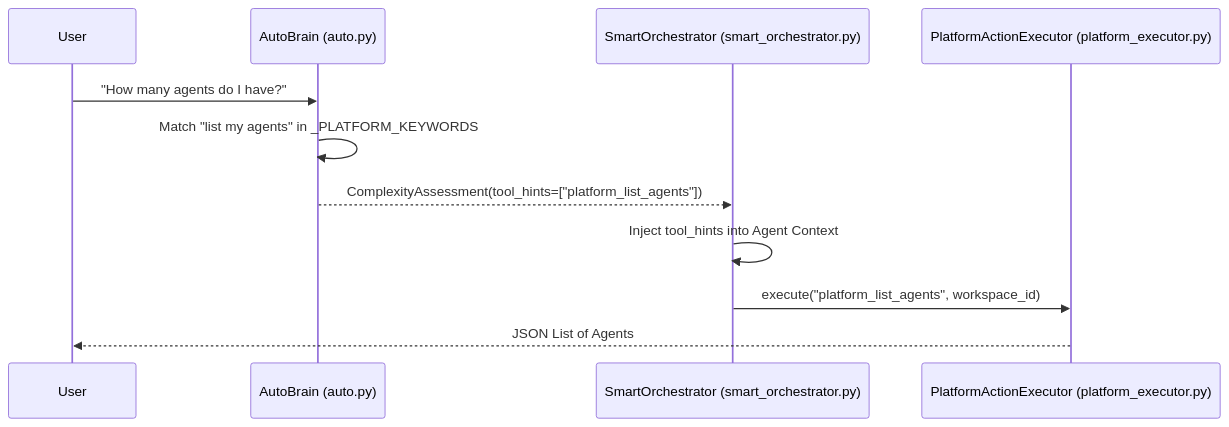
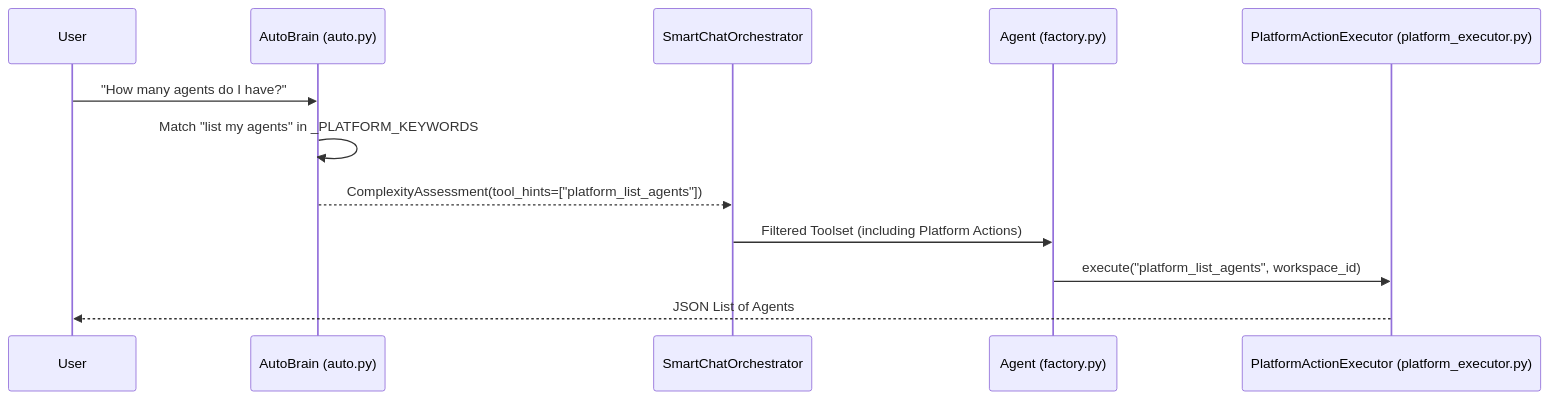
One commit to AutomatosAI/automatos-ai changed the second of 2 diagrams in docs/platform-actions/_index.md. Above: the diagram before and after it, drawn with Mermaid. The commit also changed other lines of this file and 191 other files, not shown here.

````diff
--- a/docs/platform-actions/_index.md
+++ b/docs/platform-actions/_index.md
@@ -127,15 +147,17 @@
 ```mermaid
 sequenceDiagram
     participant U as User
     participant AB as AutoBrain (auto.py)
-    participant SO as SmartOrchestrator (smart_orchestrator.py)
+    participant Orchestrator as SmartChatOrchestrator
+    participant AG as Agent (factory.py)
     participant PE as PlatformActionExecutor (platform_executor.py)
     
     U->>AB: "How many agents do I have?"
     AB->>AB: Match "list my agents" in _PLATFORM_KEYWORDS
-    AB-->>SO: ComplexityAssessment(tool_hints=["platform_list_agents"])
+    AB-->>Orchestrator: ComplexityAssessment(tool_hints=["platform_list_agents"])
     
-    SO->>SO: Inject tool_hints into Agent Context
-    SO->>PE: execute("platform_list_agents", workspace_id)
+    Orchestrator->>AG: Filtered Toolset (including Platform Actions)
+    
+    AG->>PE: execute("platform_list_agents", workspace_id)
     PE-->>U: JSON List of Agents
 ```
````
